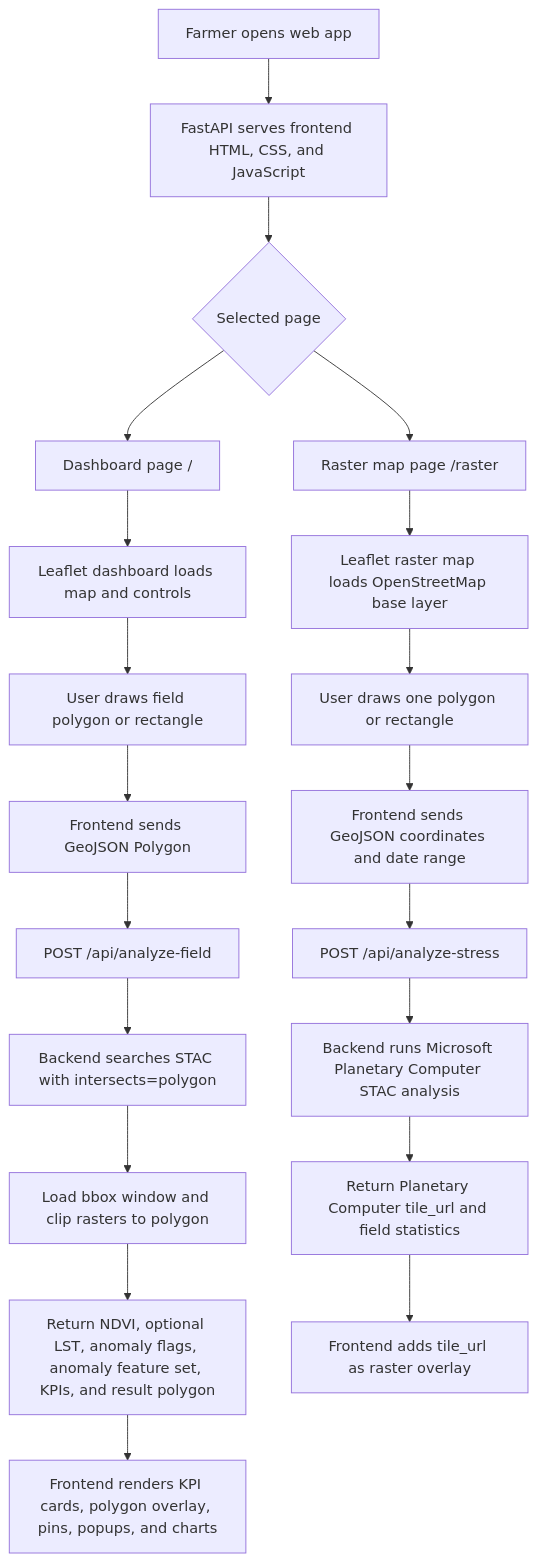
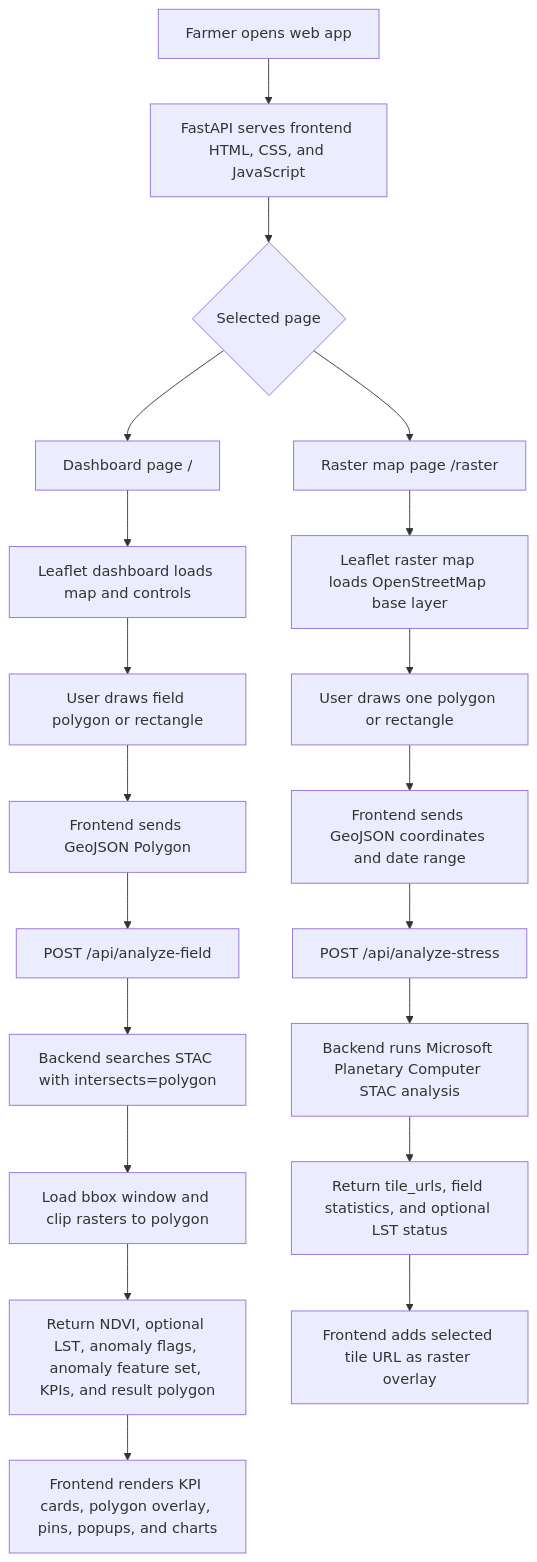
The first of 7 diagrams in docs/web-processing-flowchart.md (chinna5656/satellite-crop-planner), drawn with Mermaid before and after one commit. The commit also changed other lines of this file and 12 other files, not shown here.

````diff
--- a/docs/web-processing-flowchart.md
+++ b/docs/web-processing-flowchart.md
@@ -7,24 +7,24 @@
 ```mermaid
 flowchart TD
     A["Farmer opens web app"] --> B["FastAPI serves frontend HTML, CSS, and JavaScript"]
     B --> C{"Selected page"}
     C --> D["Dashboard page /"]
     C --> E["Raster map page /raster"]
 
     D --> F["Leaflet dashboard loads map and controls"]
     F --> G["User draws field polygon or rectangle"]
     G --> H["Frontend sends GeoJSON Polygon"]
     H --> I["POST /api/analyze-field"]
     I --> J["Backend searches STAC with intersects=polygon"]
     J --> K["Load bbox window and clip rasters to polygon"]
     K --> L["Return NDVI, optional LST, anomaly flags, anomaly feature set, KPIs, and result polygon"]
     L --> M["Frontend renders KPI cards, polygon overlay, pins, popups, and charts"]
 
     E --> N["Leaflet raster map loads OpenStreetMap base layer"]
     N --> O["User draws one polygon or rectangle"]
     O --> P["Frontend sends GeoJSON coordinates and date range"]
     P --> Q["POST /api/analyze-stress"]
     Q --> R["Backend runs Microsoft Planetary Computer STAC analysis"]
-    R --> S["Return Planetary Computer tile_url and field statistics"]
-    S --> T["Frontend adds tile_url as raster overlay"]
+    R --> S["Return tile_urls, field statistics, and optional LST status"]
+    S --> T["Frontend adds selected tile URL as raster overlay"]
 ```
````
